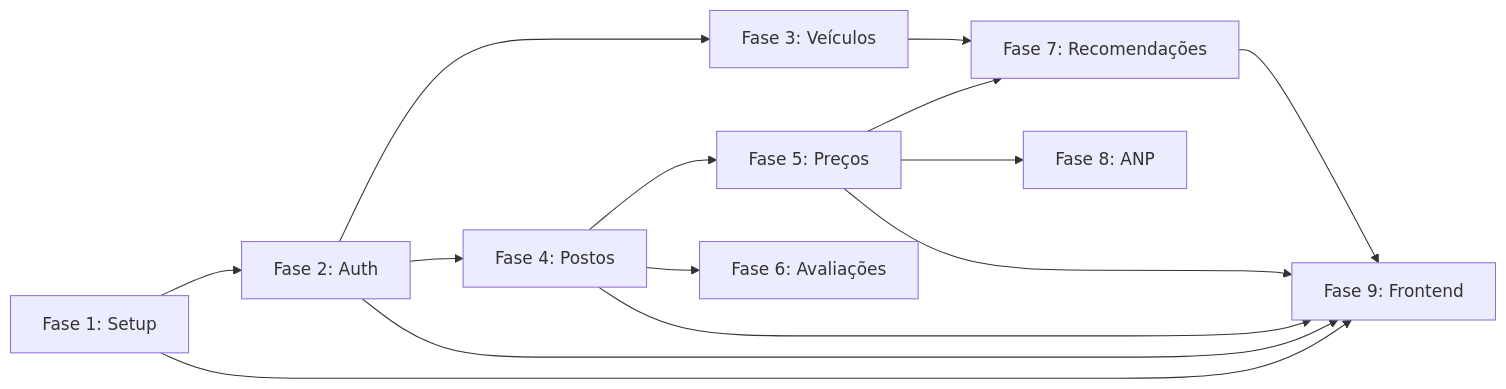
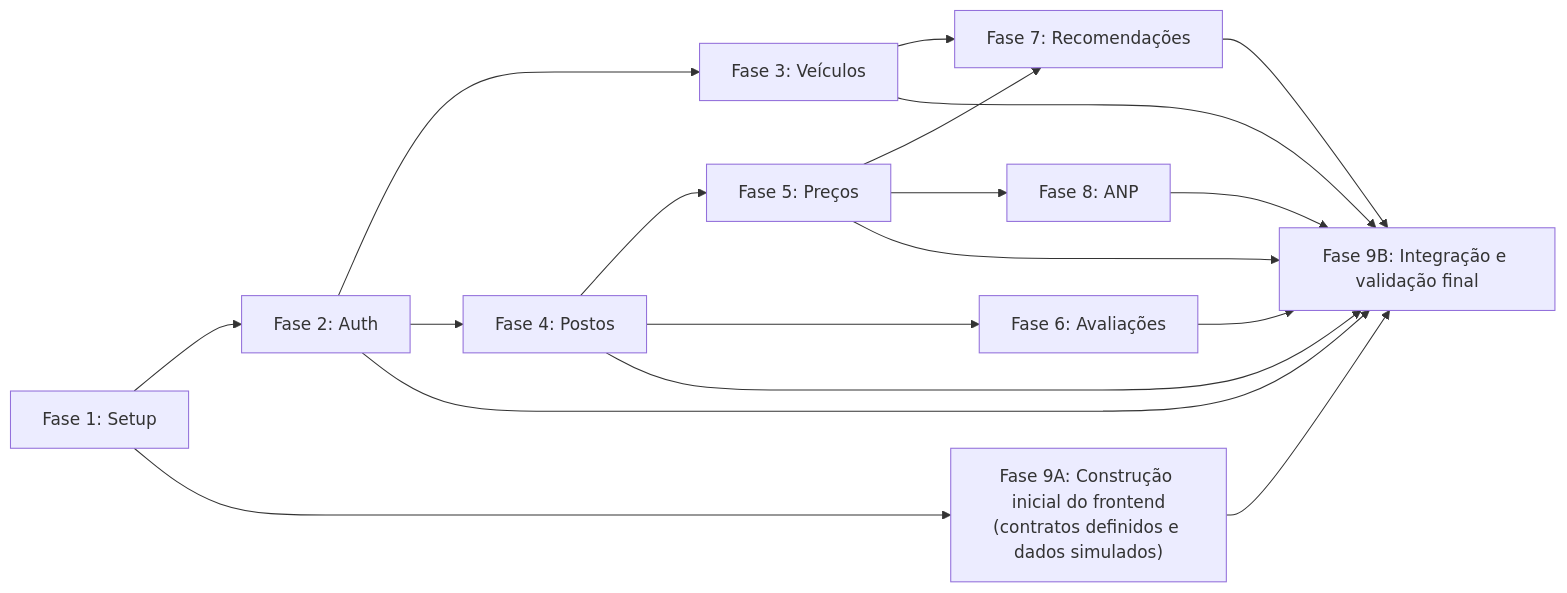
One commit to fuguharawillian/FuelFinder- changed the diagram in Plano/00-visao-geral.md. Above: the diagram before and after it, drawn with Mermaid. The commit also changed other lines of this file and 201 other files, not shown here.

````diff
--- a/Plano/00-visao-geral.md
+++ b/Plano/00-visao-geral.md
@@ -70,16 +89,20 @@
 ```mermaid
 flowchart LR
     F1["Fase 1: Setup"] --> F2["Fase 2: Auth"]
     F2 --> F3["Fase 3: Veículos"]
     F2 --> F4["Fase 4: Postos"]
     F4 --> F5["Fase 5: Preços"]
     F4 --> F6["Fase 6: Avaliações"]
     F3 --> F7["Fase 7: Recomendações"]
     F5 --> F7
     F5 --> F8["Fase 8: ANP"]
-    F1 --> F9["Fase 9: Frontend"]
-    F2 --> F9
-    F4 --> F9
-    F5 --> F9
-    F7 --> F9
+    F1 --> F9A["Fase 9A: Construção inicial do frontend<br/>(contratos definidos e dados simulados)"]
+    F9A --> F9B["Fase 9B: Integração e validação final"]
+    F2 --> F9B
+    F3 --> F9B
+    F4 --> F9B
+    F5 --> F9B
+    F6 --> F9B
+    F7 --> F9B
+    F8 --> F9B
 ```
````
